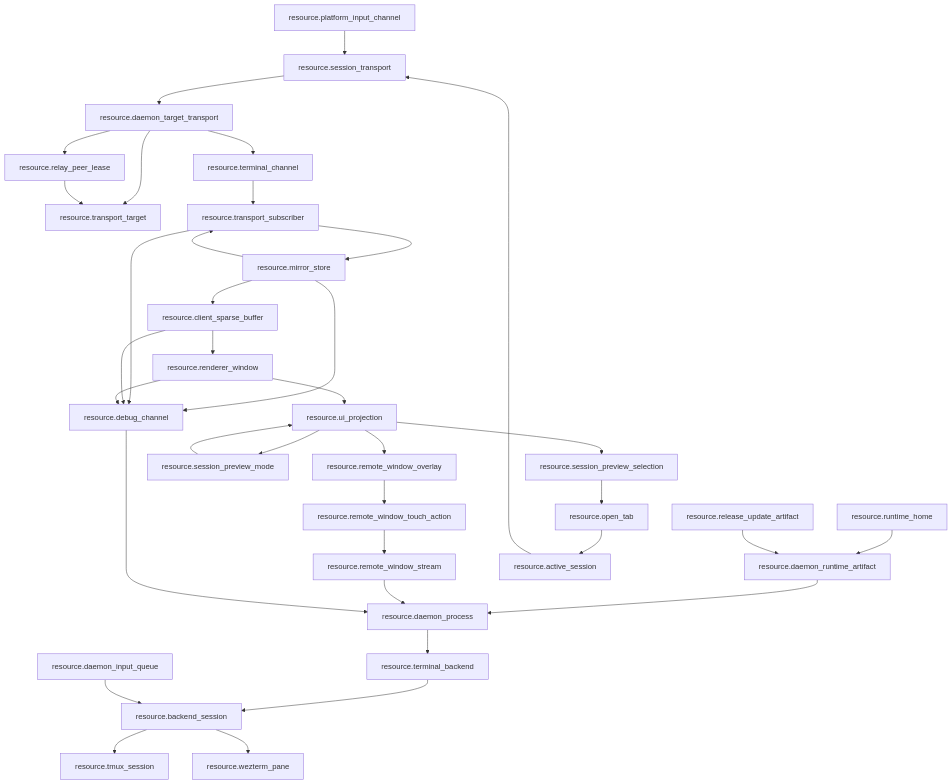
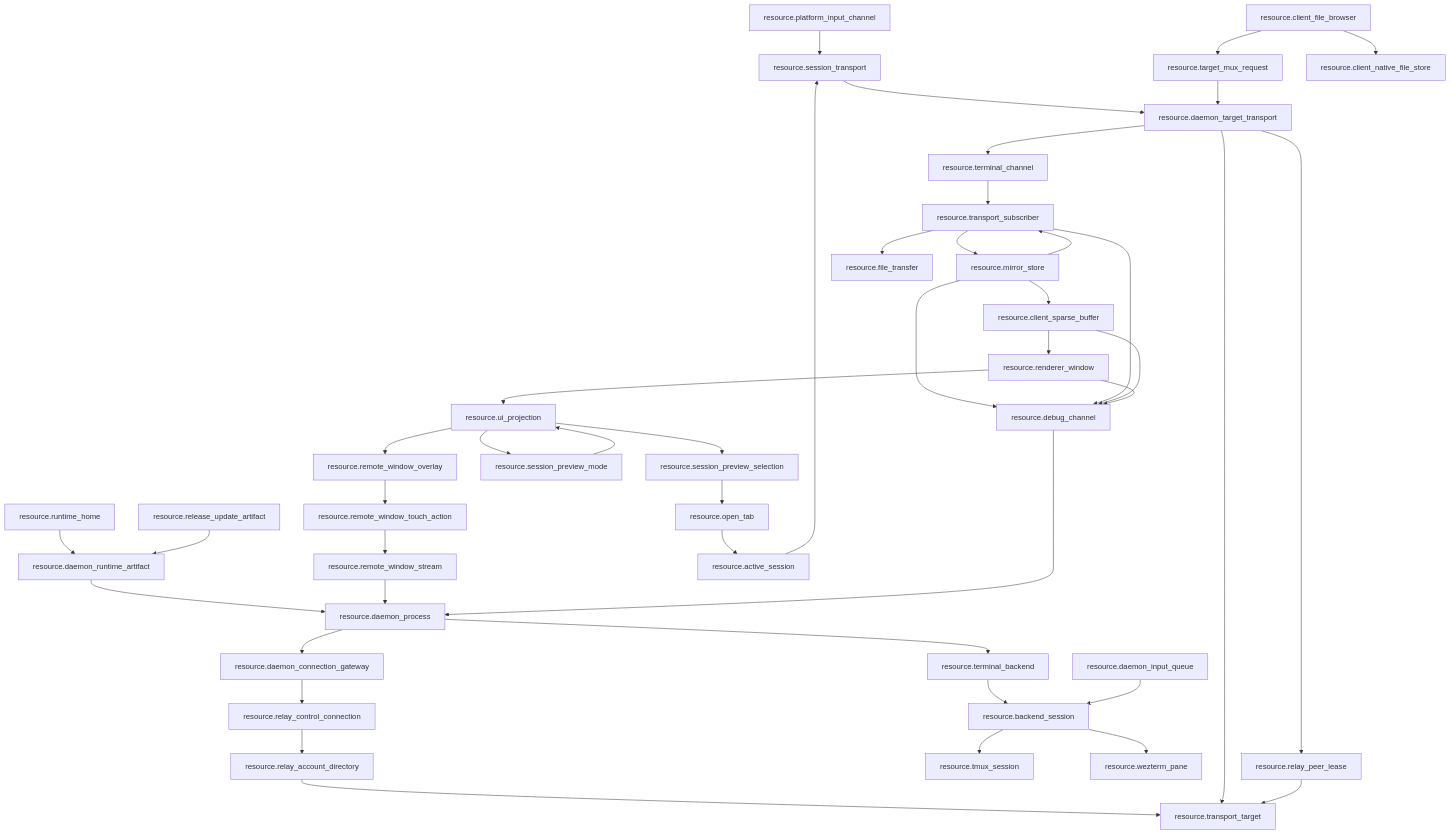
Before and after one commit to Jasonzhangf/zterm: the fifth of 5 diagrams in android/docs/wiki/mainline-source.md, drawn with Mermaid. The commit also changed other lines of this file and 31 other files, not shown here.

Commit message:
fix(file-transfer): verify throughput and active mux replay

````diff
--- a/android/docs/wiki/mainline-source.md
+++ b/android/docs/wiki/mainline-source.md
@@ -182,38 +226,46 @@
 ```mermaid
 flowchart TD
   RuntimeHome["resource.runtime_home"] --> DaemonArtifact["resource.daemon_runtime_artifact"]
   DaemonArtifact --> DaemonProcess["resource.daemon_process"]
+  DaemonProcess --> DaemonConnectionGateway["resource.daemon_connection_gateway"]
+  DaemonConnectionGateway --> RelayControlConnection["resource.relay_control_connection"]
+  RelayControlConnection --> RelayAccountDirectory["resource.relay_account_directory"]
+  RelayAccountDirectory --> TransportTarget
   DaemonProcess --> TerminalBackend["resource.terminal_backend"]
   TerminalBackend --> BackendSession["resource.backend_session"]
   BackendSession --> TmuxSession["resource.tmux_session"]
   BackendSession --> WeztermPane["resource.wezterm_pane"]
   SessionTransport["resource.session_transport"] --> DaemonTargetTransport["resource.daemon_target_transport"]
   DaemonTargetTransport --> TransportTarget["resource.transport_target"]
   DaemonTargetTransport --> RelayPeerLease["resource.relay_peer_lease"]
   RelayPeerLease --> TransportTarget
   DaemonTargetTransport --> TerminalChannel["resource.terminal_channel"]
   TerminalChannel --> TransportSubscriber["resource.transport_subscriber"]
   TransportSubscriber --> MirrorStore["resource.mirror_store"]
   MirrorStore --> TransportSubscriber
   MirrorStore --> ClientSparseBuffer["resource.client_sparse_buffer"]
   ClientSparseBuffer --> RendererWindow["resource.renderer_window"]
   RendererWindow --> UiProjection["resource.ui_projection"]
   UiProjection --> PreviewSelection["resource.session_preview_selection"]
   UiProjection --> PreviewMode["resource.session_preview_mode"]
   UiProjection --> RemoteWindowOverlay["resource.remote_window_overlay"]
   RemoteWindowOverlay --> RemoteWindowTouchActionResource["resource.remote_window_touch_action"]
   RemoteWindowTouchActionResource --> RemoteWindowStream["resource.remote_window_stream"]
   RemoteWindowStream --> DaemonProcess
   PreviewSelection --> OpenTab
   PreviewMode --> UiProjection
   OpenTab["resource.open_tab"] --> ActiveSession["resource.active_session"]
   ActiveSession --> SessionTransport
   PlatformInput["resource.platform_input_channel"] --> SessionTransport
+  ClientFileBrowser["resource.client_file_browser"] --> TargetMuxRequest["resource.target_mux_request"]
+  TargetMuxRequest --> DaemonTargetTransport
+  ClientFileBrowser --> ClientNativeFileStore["resource.client_native_file_store"]
+  TransportSubscriber --> FileTransfer["resource.file_transfer"]
   DaemonInputQueue["resource.daemon_input_queue"] --> BackendSession
   ReleaseArtifact["resource.release_update_artifact"] --> DaemonArtifact
   DebugChannel["resource.debug_channel"] --> DaemonProcess
   MirrorStore --> DebugChannel
   TransportSubscriber --> DebugChannel
   ClientSparseBuffer --> DebugChannel
   RendererWindow --> DebugChannel
 ```
````
